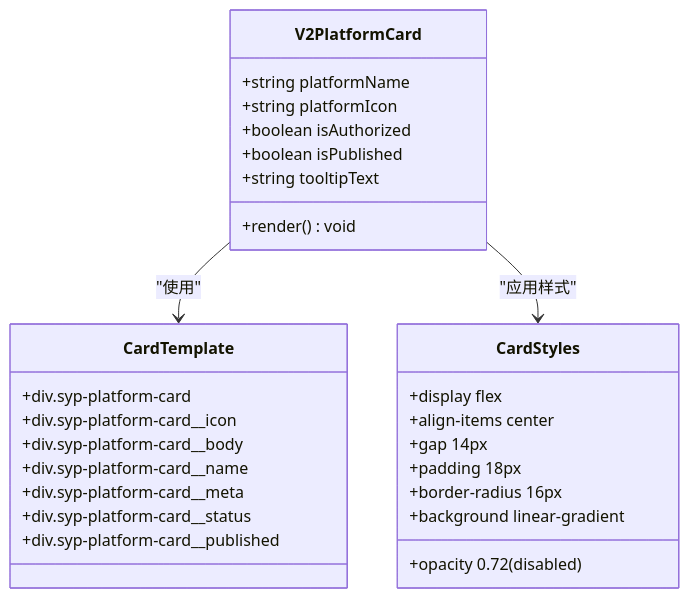
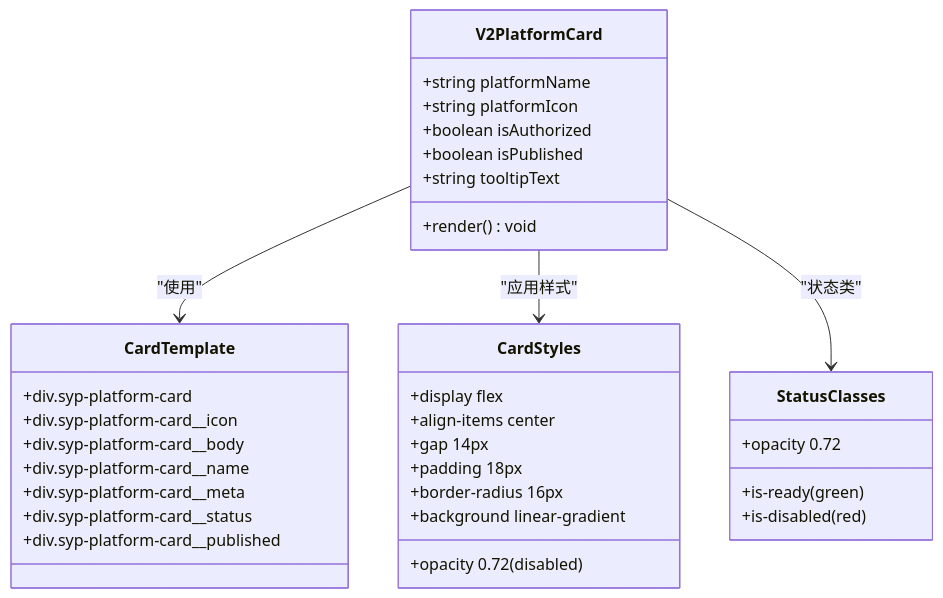
One commit to terwer/siyuan-plugin-publisher changed the third of 11 diagrams in .qoder/repowiki/zh/content/用户界面组件/发布组件/V2 平台卡片组件.md. Above: the diagram before and after it, drawn with Mermaid. The commit also changed other lines of this file and 4 other files, not shown here.

````diff
--- a/.qoder/repowiki/zh/content/用户界面组件/发布组件/V2 平台卡片组件.md
+++ b/.qoder/repowiki/zh/content/用户界面组件/发布组件/V2 平台卡片组件.md
@@ -158,31 +173,37 @@
 ```mermaid
 classDiagram
 class V2PlatformCard {
 +string platformName
 +string platformIcon
 +boolean isAuthorized
 +boolean isPublished
 +string tooltipText
 +render() void
 }
 class CardTemplate {
 +div.syp-platform-card
 +div.syp-platform-card__icon
 +div.syp-platform-card__body
 +div.syp-platform-card__name
 +div.syp-platform-card__meta
 +div.syp-platform-card__status
 +div.syp-platform-card__published
 }
 class CardStyles {
 +display flex
 +align-items center
 +gap 14px
 +padding 18px
 +border-radius 16px
 +background linear-gradient
 +opacity 0.72 (disabled)
 }
+class StatusClasses {
++is-ready (green)
++is-disabled (red)
++opacity 0.72
+}
 V2PlatformCard --> CardTemplate : "使用"
 V2PlatformCard --> CardStyles : "应用样式"
+V2PlatformCard --> StatusClasses : "状态类"
 ```
````
